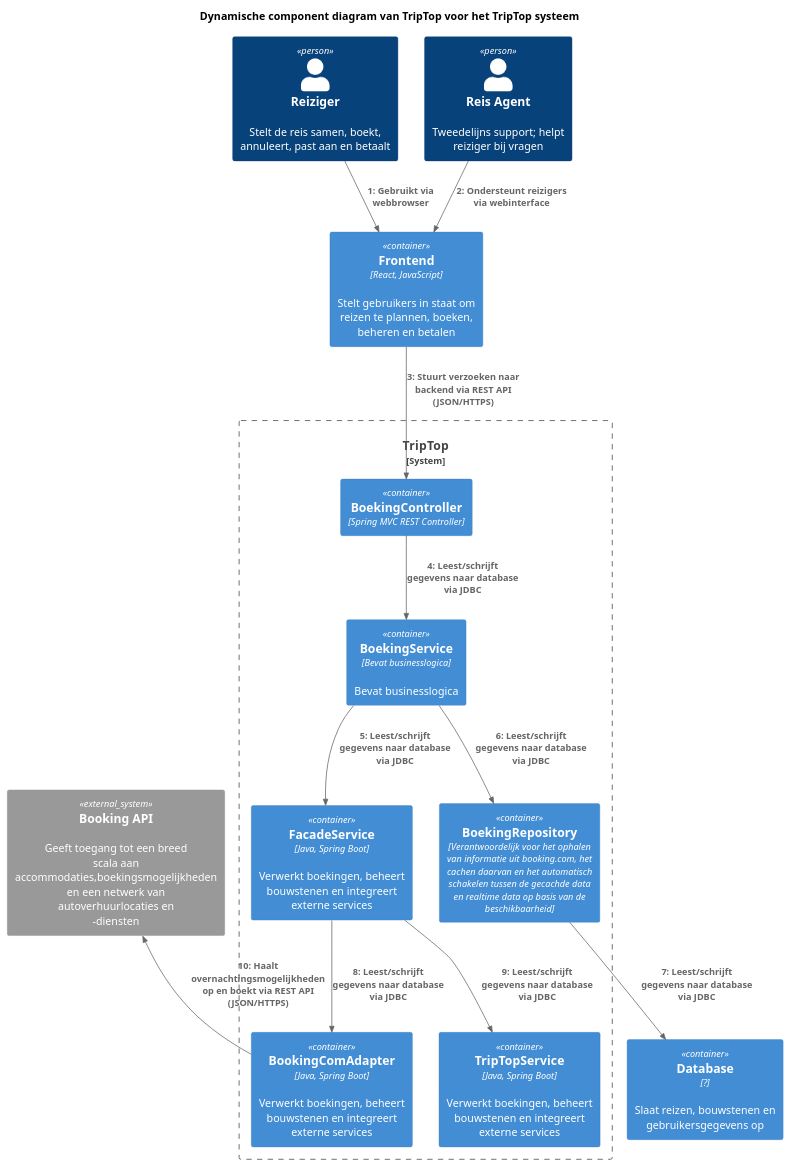
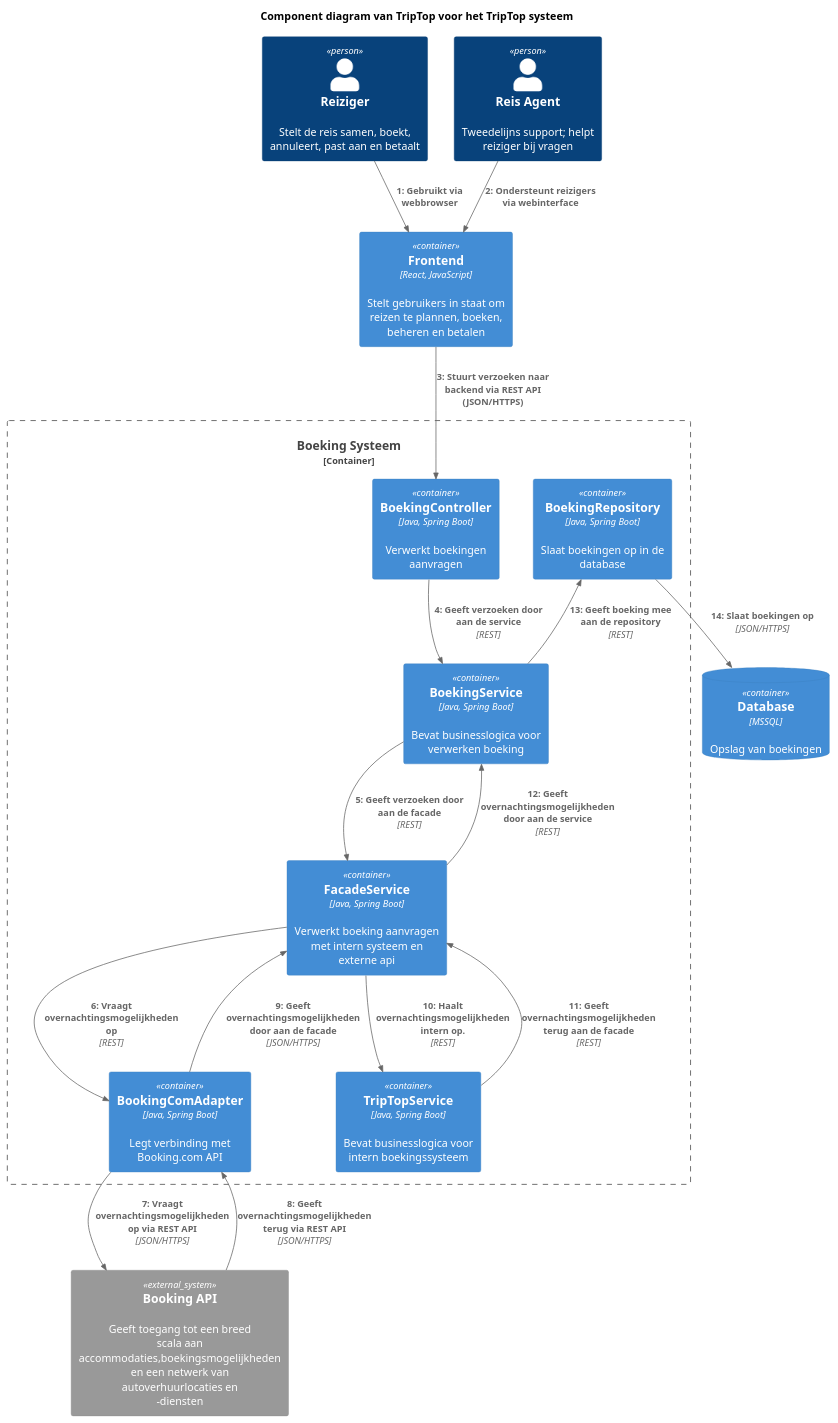
The diagram in component-diagram-sybren/dynamic-component-diagram.puml (AIM-ENE-feb25/triptop-asas), drawn with PlantUML before and after one commit. The commit also changed 2 other files, not shown here.

Commit message:
Added dynamic component diagram

```diff
--- a/component-diagram-sybren/dynamic-component-diagram.puml
+++ b/component-diagram-sybren/dynamic-component-diagram.puml
@@ -1,38 +1,42 @@
 @startuml
 !include https://raw.githubusercontent.com/plantuml-stdlib/C4-PlantUML/master/C4_Dynamic.puml
 
-title Dynamische component diagram van TripTop voor het TripTop systeem
+title Component diagram van TripTop voor het TripTop systeem
 
 Person(reiziger, "Reiziger", "Stelt de reis samen, boekt, annuleert, past aan en betaalt")
 Person(ondersteuner, "Reis Agent", "Tweedelijns support; helpt reiziger bij vragen")
 
-System_Boundary(triptop, "TripTop") {
-    Container(controller, "BoekingController", "Spring MVC REST Controller")
-    Container(service, "BoekingService", "Bevat businesslogica", "Bevat businesslogica")
-    Container(facade, "FacadeService", "Java, Spring Boot", "Verwerkt boekingen, beheert bouwstenen en integreert externe services")
-    Container(boeking_repository, "BoekingRepository", "Verantwoordelijk voor het ophalen van informatie uit booking.com, het cachen daarvan en het automatisch schakelen tussen de gecachde data en realtime data op basis van de beschikbaarheid")
-    Container(booking_com_adapter, "BookingComAdapter", "Java, Spring Boot", "Verwerkt boekingen, beheert bouwstenen en integreert externe services")
-    Container(triptop_service, "TripTopService", "Java, Spring Boot", "Verwerkt boekingen, beheert bouwstenen en integreert externe services")
+Container_Boundary(triptop, "Boeking Systeem") {
+    Container(controller, "BoekingController", "Java, Spring Boot", "Verwerkt boekingen aanvragen")
+    Container(service, "BoekingService", "Java, Spring Boot", "Bevat businesslogica voor verwerken boeking")
+    Container(facade, "FacadeService", "Java, Spring Boot", "Verwerkt boeking aanvragen met intern systeem en externe api")
+    Container(boeking_repository, "BoekingRepository", "Java, Spring Boot", "Slaat boekingen op in de database")
+    Container(booking_com_adapter, "BookingComAdapter", "Java, Spring Boot", "Legt verbinding met Booking.com API")
+    Container(triptop_service, "TripTopService", "Java, Spring Boot", "Bevat businesslogica voor intern boekingssysteem")
 }
 
  Container(frontend, "Frontend", "React, JavaScript", "Stelt gebruikers in staat om reizen te plannen, boeken, beheren en betalen")
- Container(database, "Database", "?", "Slaat reizen, bouwstenen en gebruikersgegevens op")
+ ContainerDb(database, "Database", "MSSQL", "Opslag van boekingen")
 
 System_Ext(booking, "Booking API ", "Geeft toegang tot een breed scala aan accommodaties,boekingsmogelijkheden en een netwerk van autoverhuurlocaties en -diensten")
 
 
 ' Relaties gebruiker naar containers
 Rel(reiziger, frontend, "Gebruikt via webbrowser")
 Rel(ondersteuner, frontend, "Ondersteunt reizigers via webinterface")
 
 ' Relaties tussen containers binnen TripTop
 Rel(frontend, controller, "Stuurt verzoeken naar backend via REST API (JSON/HTTPS)")
-Rel(controller, service, "Leest/schrijft gegevens naar database via JDBC")
-Rel(service, facade, "Leest/schrijft gegevens naar database via JDBC")
-Rel(service, boeking_repository, "Leest/schrijft gegevens naar database via JDBC")
-Rel(boeking_repository, database, "Leest/schrijft gegevens naar database via JDBC")
-Rel(facade, booking_com_adapter, "Leest/schrijft gegevens naar database via JDBC")
-Rel(facade, triptop_service, "Leest/schrijft gegevens naar database via JDBC")
+Rel(controller, service, "Geeft verzoeken door aan de service", "REST")
+Rel(service, facade, "Geeft verzoeken door aan de facade", "REST")
+Rel(facade, booking_com_adapter, "Vraagt overnachtingsmogelijkheden op", "REST")
 ' Relaties backend naar externe systemen
-Rel_U(booking_com_adapter, booking, "Haalt overnachtingsmogelijkheden op en boekt via REST API (JSON/HTTPS)")
+Rel_U(booking_com_adapter, booking, "Vraagt overnachtingsmogelijkheden op via REST API", "JSON/HTTPS")
+Rel_U(booking, booking_com_adapter, "Geeft overnachtingsmogelijkheden terug via REST API", "JSON/HTTPS")
+Rel_U(booking_com_adapter, facade, "Geeft overnachtingsmogelijkheden door aan de facade", "JSON/HTTPS")
+Rel(facade, triptop_service, "Haalt overnachtingsmogelijkheden intern op.", "REST")
+Rel_U(triptop_service, facade, "Geeft overnachtingsmogelijkheden terug aan de facade", "REST")
+Rel_U(facade, service, "Geeft overnachtingsmogelijkheden door aan de service", "REST")
+Rel_U(service, boeking_repository, "Geeft boeking mee aan de repository", "REST")
+Rel(boeking_repository, database, "Slaat boekingen op", "JSON/HTTPS")
 @enduml
```
